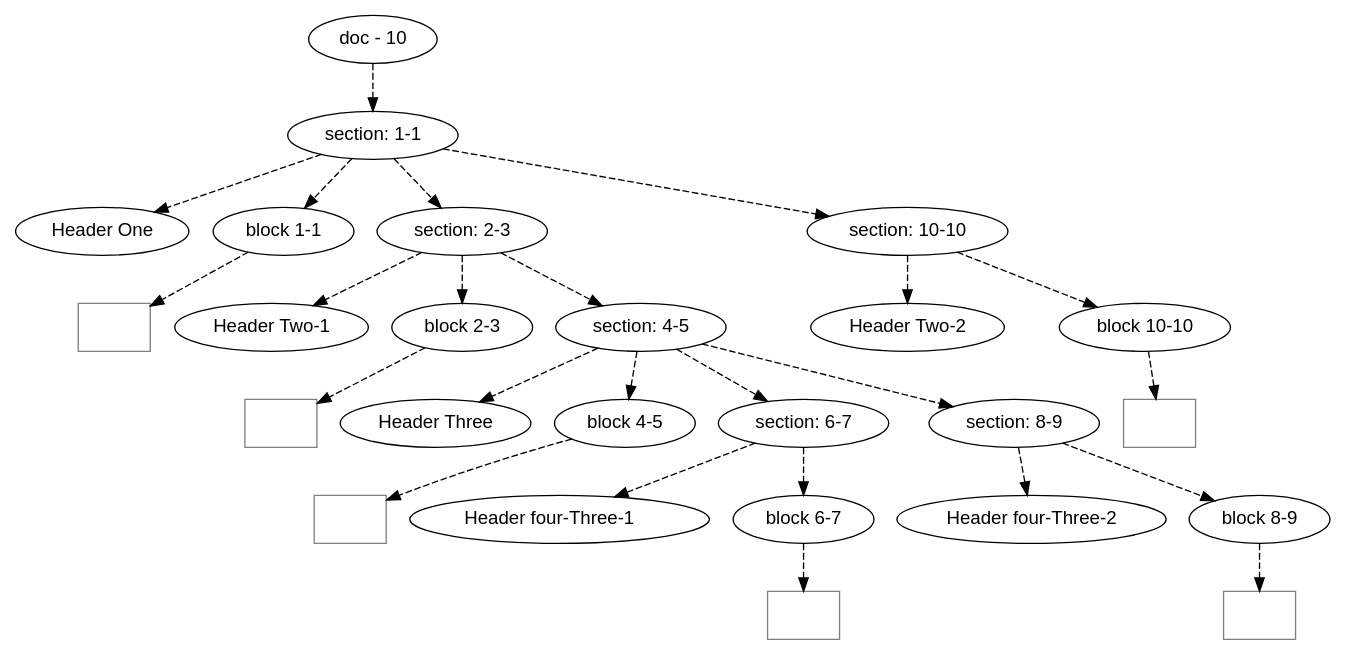
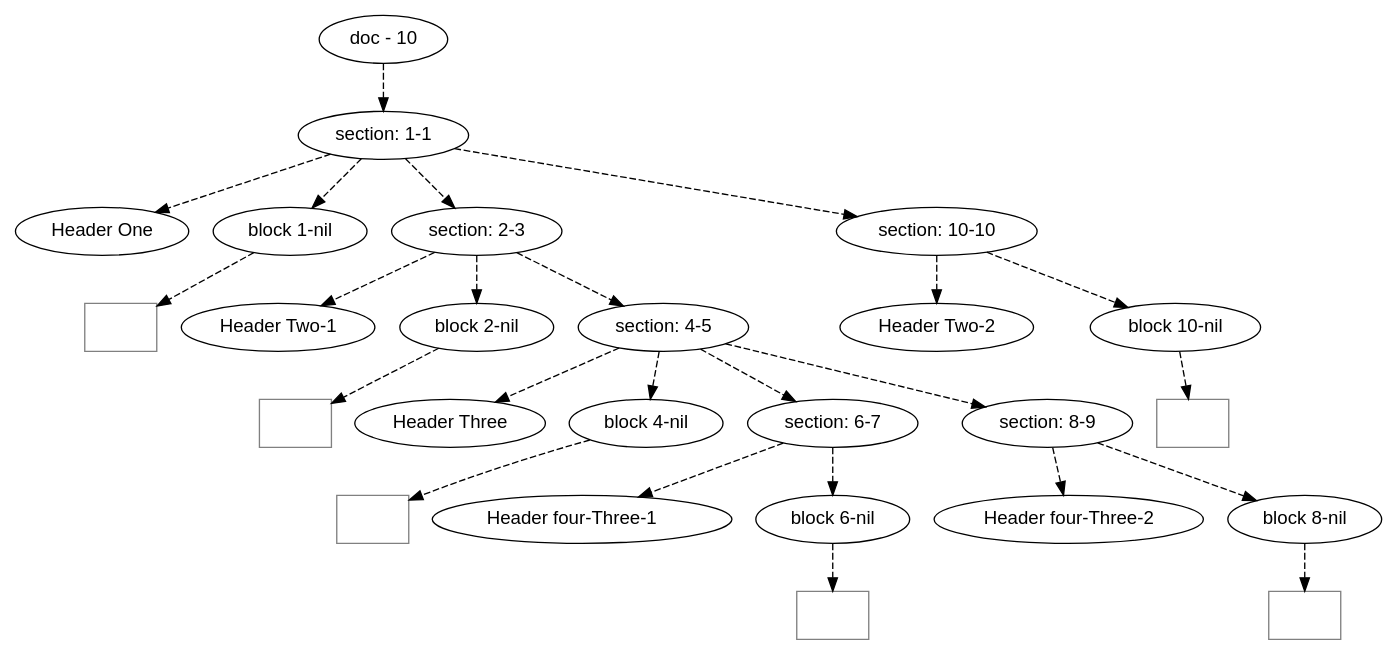
The diagram in orb/dot/samples/headers.gm.dot (mnemnion/orb), drawn with Graphviz before and after one commit. The commit also changed 40 other files, not shown here.

```diff
--- a/orb/dot/samples/headers.gm.dot
+++ b/orb/dot/samples/headers.gm.dot
@@ -1,71 +1,71 @@
 digraph hierarchy {
 
 node [fontname=Helvetica]
 edge [style=dashed]
 
 doc_0 [label="doc - 10"]
 
 doc_0 -> { section_1}
 {rank=same; section_1}
 
 section_1 [label="section: 1-1"]
 
 section_1 -> { header_2 block_3 section_4 section_5}
 {rank=same; header_2 block_3 section_4 section_5}
 
 header_2 [label="Header One"]
-block_3 [label="block 1-1"]
+block_3 [label="block 1-nil"]
 section_4 [label="section: 2-3"]
 section_5 [label="section: 10-10"]
 
 
 block_3 -> leaf_6
 leaf_6  [color=Gray,shape=rectangle,fontname=Inconsolata,label=""]section_4 -> { header_7 block_8 section_9}
 {rank=same; header_7 block_8 section_9}
 
 header_7 [label="Header Two-1"]
-block_8 [label="block 2-3"]
+block_8 [label="block 2-nil"]
 section_9 [label="section: 4-5"]
 
 
 block_8 -> leaf_10
 leaf_10  [color=Gray,shape=rectangle,fontname=Inconsolata,label="
 "]section_9 -> { header_11 block_12 section_13 section_14}
 {rank=same; header_11 block_12 section_13 section_14}
 
 header_11 [label="Header Three"]
-block_12 [label="block 4-5"]
+block_12 [label="block 4-nil"]
 section_13 [label="section: 6-7"]
 section_14 [label="section: 8-9"]
 
 
 block_12 -> leaf_15
 leaf_15  [color=Gray,shape=rectangle,fontname=Inconsolata,label="    
 "]section_13 -> { header_16 block_17}
 {rank=same; header_16 block_17}
 
 header_16 [label="Header four-Three-1    "]
-block_17 [label="block 6-7"]
+block_17 [label="block 6-nil"]
 
 
 block_17 -> leaf_18
 leaf_18  [color=Gray,shape=rectangle,fontname=Inconsolata,label="
 "]section_14 -> { header_19 block_20}
 {rank=same; header_19 block_20}
 
 header_19 [label="Header four-Three-2"]
-block_20 [label="block 8-9"]
+block_20 [label="block 8-nil"]
 
 
 block_20 -> leaf_21
 leaf_21  [color=Gray,shape=rectangle,fontname=Inconsolata,label="
 "]section_5 -> { header_22 block_23}
 {rank=same; header_22 block_23}
 
 header_22 [label="Header Two-2"]
-block_23 [label="block 10-10"]
+block_23 [label="block 10-nil"]
 
 
 block_23 -> leaf_24
 leaf_24  [color=Gray,shape=rectangle,fontname=Inconsolata,label=""]
 }
```
